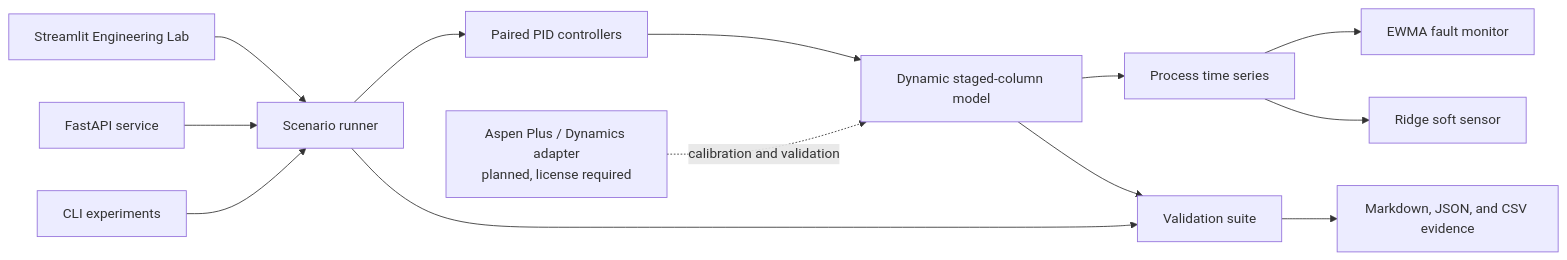
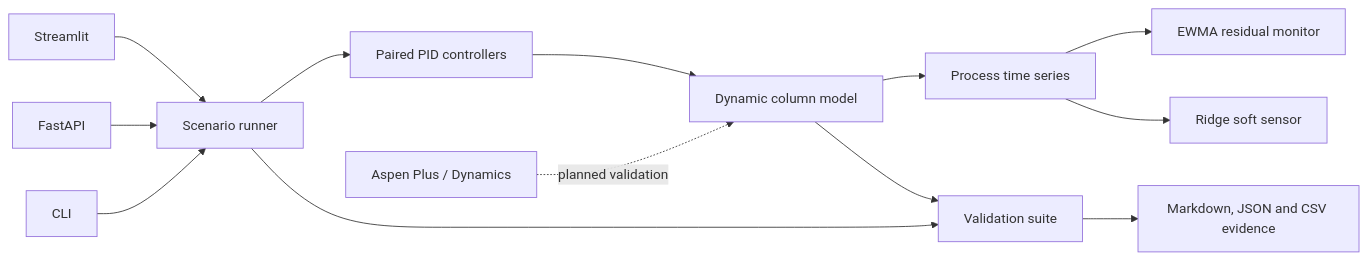
Before and after one commit to mojaffri/distilltwin: the diagram in README.md, drawn with Mermaid. The commit also changed other lines of this file and 3 other files, not shown here.

````diff
--- a/README.md
+++ b/README.md
@@ -44,15 +69,15 @@
-~~~mermaid
+```mermaid
 flowchart LR
-    UI[Streamlit Engineering Lab] --> SC[Scenario runner]
-    API[FastAPI service] --> SC
-    CLI[CLI experiments] --> SC
+    UI[Streamlit] --> SC[Scenario runner]
+    API[FastAPI] --> SC
+    CLI[CLI] --> SC
     SC --> PID[Paired PID controllers]
-    PID --> COL[Dynamic staged-column model]
+    PID --> COL[Dynamic column model]
     COL --> TS[Process time series]
-    TS --> FD[EWMA fault monitor]
+    TS --> FD[EWMA residual monitor]
     TS --> SS[Ridge soft sensor]
     COL --> VAL[Validation suite]
     SC --> VAL
-    VAL --> EV[Markdown, JSON, and CSV evidence]
-    ASPEN[Aspen Plus / Dynamics adapter<br/>planned, license required] -. calibration and validation .-> COL
-~~~
+    VAL --> EV[Markdown, JSON and CSV evidence]
+    ASPEN[Aspen Plus / Dynamics] -. planned validation .-> COL
+```
````
